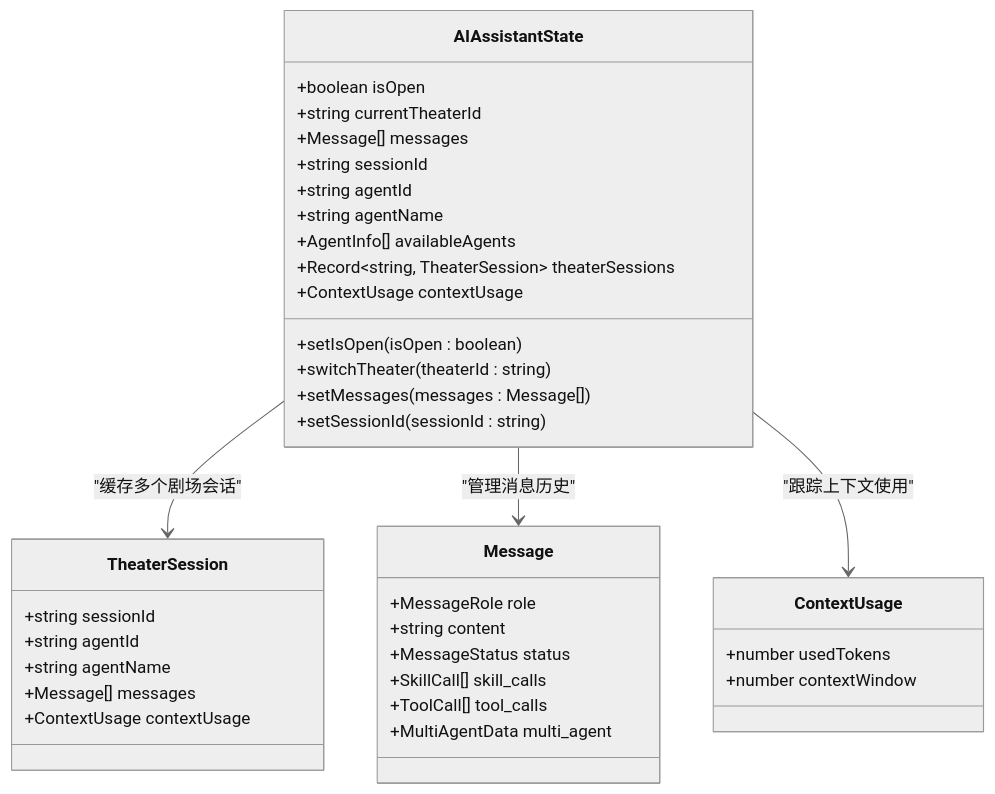
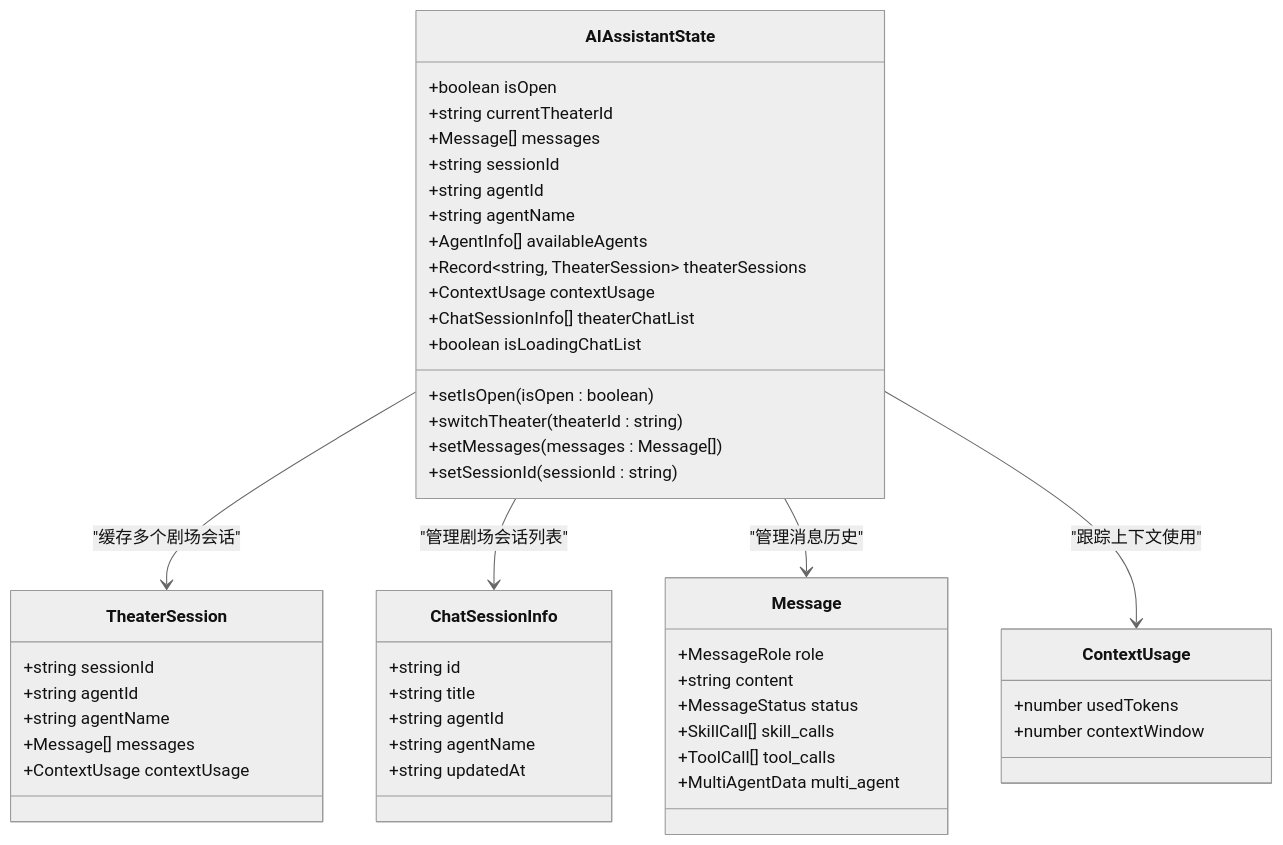
One commit to KunLabAI/KunFlix changed the second of 17 diagrams in .qoder/repowiki/zh/content/系统架构/前端架构/状态管理系统/AI助手状态管理增强.md. Above: the diagram before and after it, drawn with Mermaid (neutral theme). The commit also changed other lines of this file and 12 other files, not shown here.

````diff
--- a/.qoder/repowiki/zh/content/系统架构/前端架构/状态管理系统/AI助手状态管理增强.md
+++ b/.qoder/repowiki/zh/content/系统架构/前端架构/状态管理系统/AI助手状态管理增强.md
@@ -83,40 +91,50 @@
 ```mermaid
 classDiagram
 class AIAssistantState {
 +boolean isOpen
 +string currentTheaterId
 +Message[] messages
 +string sessionId
 +string agentId
 +string agentName
 +AgentInfo[] availableAgents
 +Record~string, TheaterSession~ theaterSessions
 +ContextUsage contextUsage
++ChatSessionInfo[] theaterChatList
++boolean isLoadingChatList
 +setIsOpen(isOpen : boolean)
 +switchTheater(theaterId : string)
 +setMessages(messages : Message[])
 +setSessionId(sessionId : string)
 }
 class TheaterSession {
 +string sessionId
 +string agentId
 +string agentName
 +Message[] messages
 +ContextUsage contextUsage
+}
+class ChatSessionInfo {
++string id
++string title
++string agentId
++string agentName
++string updatedAt
 }
 class Message {
 +MessageRole role
 +string content
 +MessageStatus status
 +SkillCall[] skill_calls
 +ToolCall[] tool_calls
 +MultiAgentData multi_agent
 }
 class ContextUsage {
 +number usedTokens
 +number contextWindow
 }
 AIAssistantState --> TheaterSession : "缓存多个剧场会话"
+AIAssistantState --> ChatSessionInfo : "管理剧场会话列表"
 AIAssistantState --> Message : "管理消息历史"
 AIAssistantState --> ContextUsage : "跟踪上下文使用"
 ```
````
